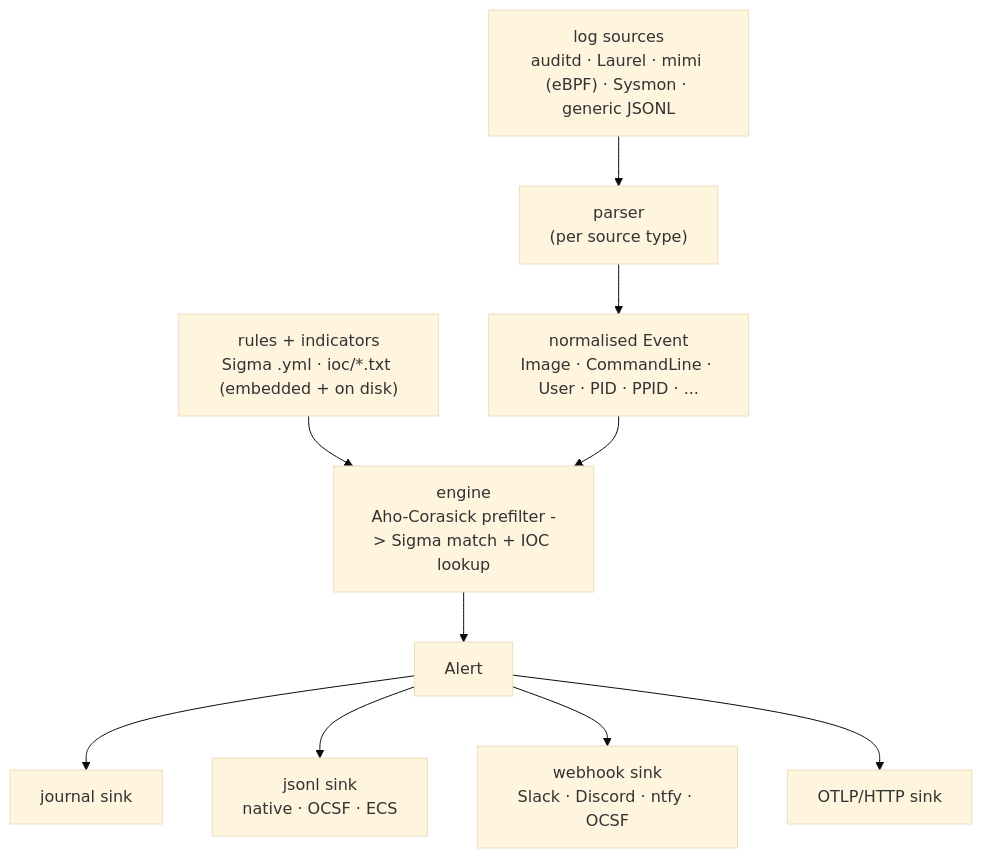
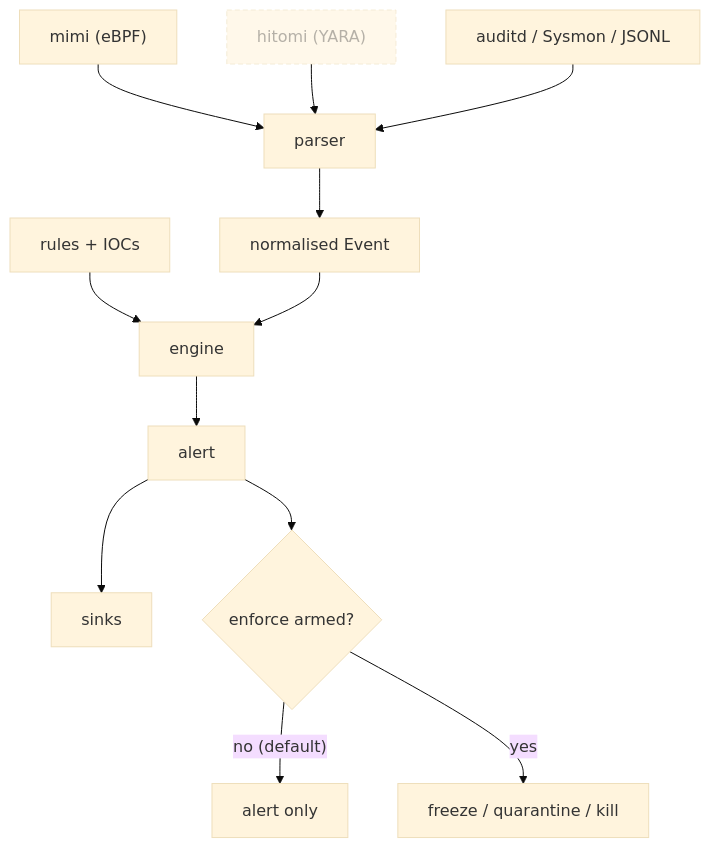
One commit to conor-sometimes/banken changed the diagram in README.md. Above: the diagram before and after it, drawn with Mermaid (base theme). The commit also changed other lines of this file, not shown here.

````diff
--- a/README.md
+++ b/README.md
@@ -225,12 +68,16 @@
 ```mermaid
 flowchart TD
-    SRC["log sources<br/>auditd · Laurel · mimi (eBPF) · Sysmon · generic JSONL"] --> P["parser<br/>(per source type)"]
-    P --> EV["normalised Event<br/>Image · CommandLine · User · PID · PPID · ..."]
-    RUL["rules + indicators<br/>Sigma .yml · ioc/*.txt (embedded + on disk)"] --> ENG
-    EV --> ENG["engine<br/>Aho-Corasick prefilter -> Sigma match + IOC lookup"]
-    ENG --> AL["Alert"]
-    AL --> S1["journal sink"]
-    AL --> S2["jsonl sink<br/>native · OCSF · ECS"]
-    AL --> S3["webhook sink<br/>Slack · Discord · ntfy · OCSF"]
-    AL --> S4["OTLP/HTTP sink"]
+    MIMI["mimi (eBPF)"] --> P["parser"]
+    HITOMI["hitomi (YARA)"] --> P
+    AUD["auditd / Sysmon / JSONL"] --> P
+    P --> EV["normalised Event"]
+    RUL["rules + IOCs"] --> ENG["engine"]
+    EV --> ENG
+    ENG --> AL["alert"]
+    AL --> OUT["sinks"]
+    AL --> POL{"enforce armed?"}
+    POL -->|"no (default)"| NA["alert only"]
+    POL -->|yes| RESP["freeze / quarantine / kill"]
+    classDef soon stroke-dasharray:5 3,opacity:0.6;
+    class HITOMI soon;
 ```
````
